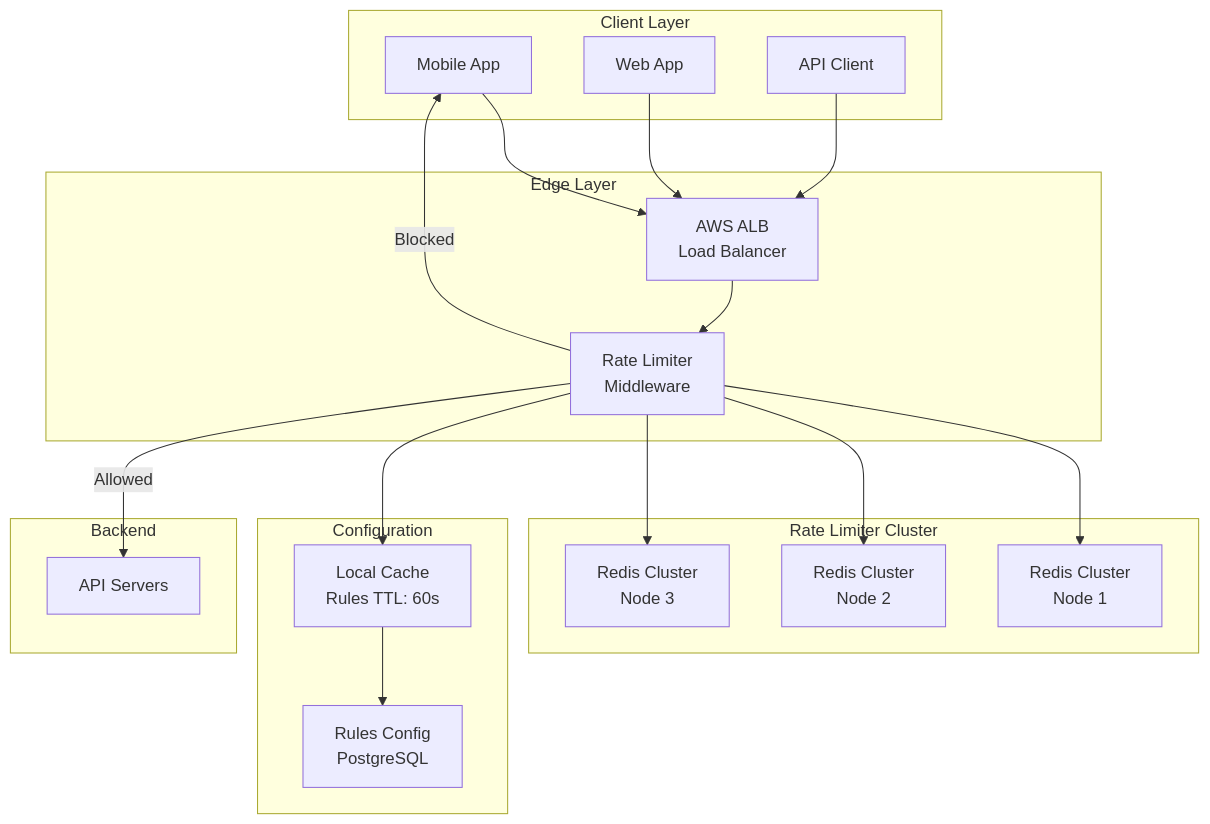
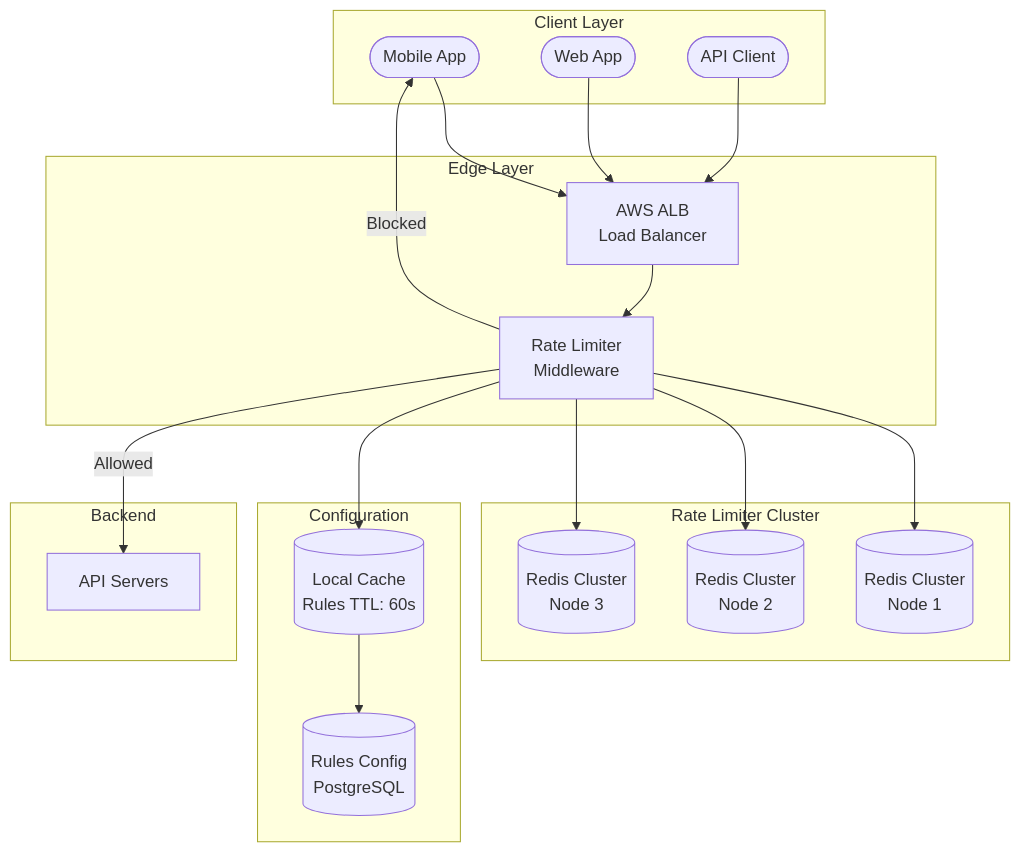
One commit to ShanmugaGanesh1999/Portfolio changed the diagram in docs/prep/System Design/06-Case-Studies/06-rate-limiter.md. Above: the diagram before and after it, drawn with Mermaid. The commit also changed 40 other files, not shown here.

First line of the commit message:
Refactor diagram node rendering to use reusable shape components

````diff
--- a/docs/prep/System Design/06-Case-Studies/06-rate-limiter.md
+++ b/docs/prep/System Design/06-Case-Studies/06-rate-limiter.md
@@ -45,40 +45,40 @@
 ```mermaid
 graph TD
     subgraph Client Layer
-        C1[Mobile App]
-        C2[Web App]
-        C3[API Client]
+        C1([Mobile App])
+        C2([Web App])
+        C3([API Client])
     end
     
     subgraph Edge Layer
         LB[AWS ALB<br/>Load Balancer]
         RL[Rate Limiter<br/>Middleware]
     end
     
     subgraph Rate Limiter Cluster
-        RS1[Redis Cluster<br/>Node 1]
-        RS2[Redis Cluster<br/>Node 2]
-        RS3[Redis Cluster<br/>Node 3]
+        RS1[(Redis Cluster<br/>Node 1)]
+        RS2[(Redis Cluster<br/>Node 2)]
+        RS3[(Redis Cluster<br/>Node 3)]
     end
     
     subgraph Configuration
-        RC[Rules Config<br/>PostgreSQL]
-        CACHE[Local Cache<br/>Rules TTL: 60s]
+        RC[(Rules Config<br/>PostgreSQL)]
+        CACHE[(Local Cache<br/>Rules TTL: 60s)]
     end
     
     subgraph Backend
         API[API Servers]
     end
     
     C1 --> LB
     C2 --> LB
     C3 --> LB
     LB --> RL
     RL --> RS1
     RL --> RS2
     RL --> RS3
     RL --> CACHE
     CACHE --> RC
     RL -->|Allowed| API
     RL -->|Blocked| C1
 ```
````
